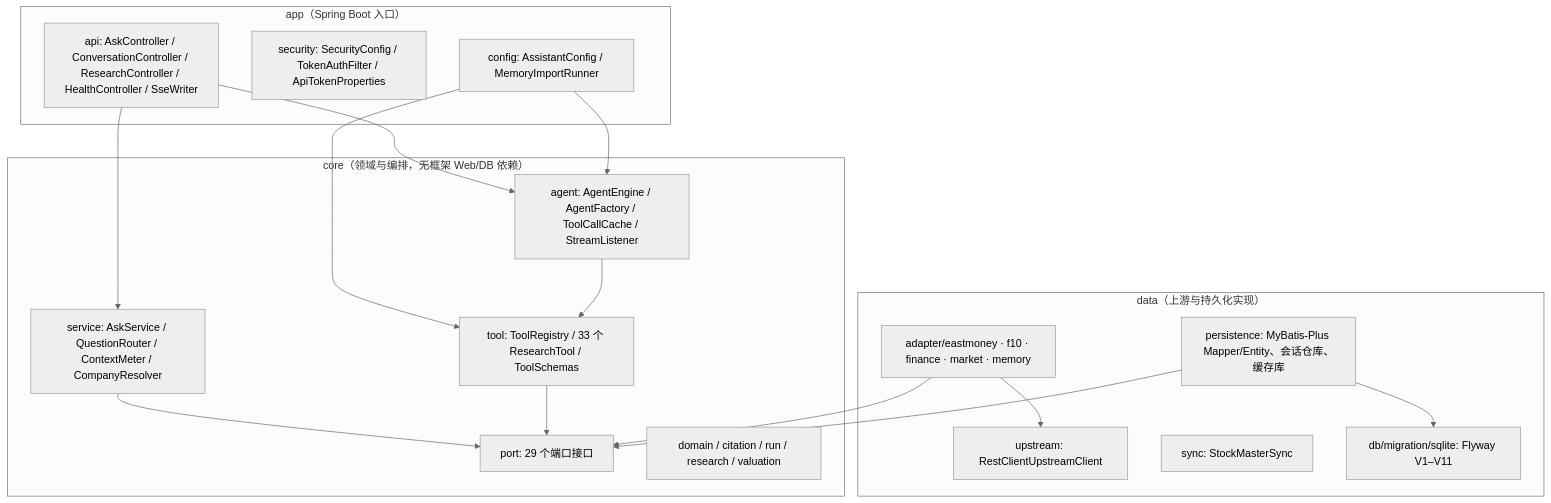
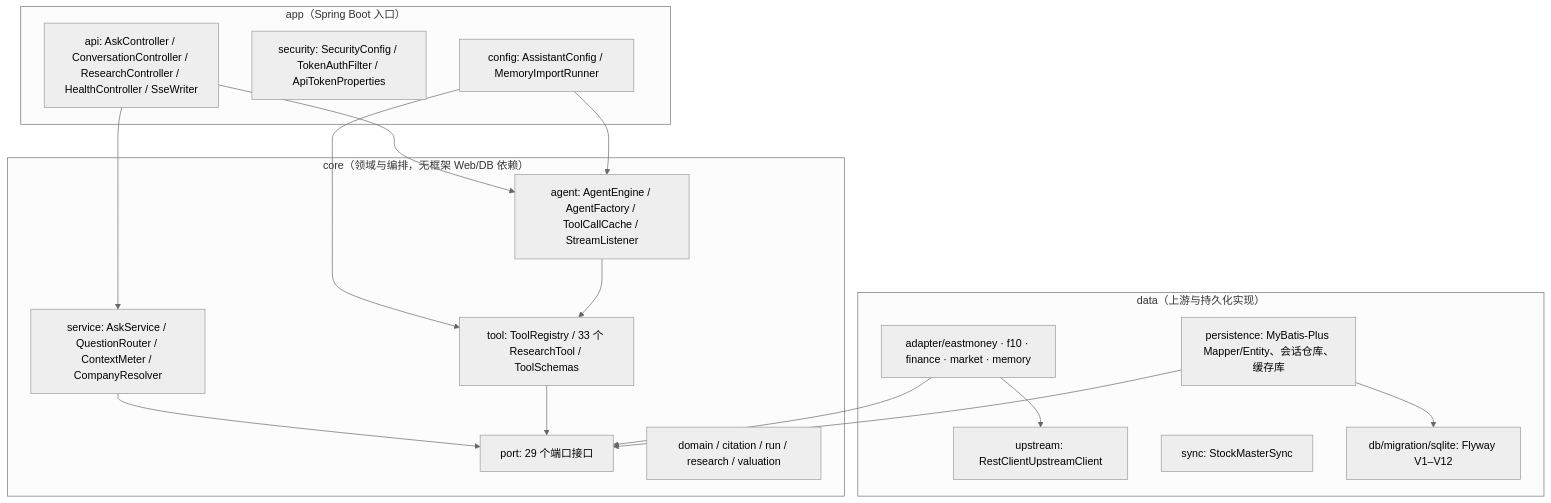
One commit to Silhouetteeeeeee/investment-research changed the first of 4 diagrams in docs/handover/ARCHITECTURE.md. Above: the diagram before and after it, drawn with Mermaid (neutral theme). The commit also changed other lines of this file and 22 other files, not shown here.

````diff
--- a/docs/handover/ARCHITECTURE.md
+++ b/docs/handover/ARCHITECTURE.md
@@ -7,33 +7,33 @@
 ```mermaid
 graph TD
     subgraph app["app（Spring Boot 入口）"]
         A1["api: AskController / ConversationController / ResearchController / HealthController / SseWriter"]
         A2["security: SecurityConfig / TokenAuthFilter / ApiTokenProperties"]
         A3["config: AssistantConfig / MemoryImportRunner"]
     end
     subgraph core["core（领域与编排，无框架 Web/DB 依赖）"]
         C1["service: AskService / QuestionRouter / ContextMeter / CompanyResolver"]
         C2["agent: AgentEngine / AgentFactory / ToolCallCache / StreamListener"]
         C3["tool: ToolRegistry / 33 个 ResearchTool / ToolSchemas"]
         C4["port: 29 个端口接口"]
         C5["domain / citation / run / research / valuation"]
     end
     subgraph data["data（上游与持久化实现）"]
         D1["adapter/eastmoney · f10 · finance · market · memory"]
         D2["persistence: MyBatis-Plus Mapper/Entity、会话仓库、缓存库"]
         D3["upstream: RestClientUpstreamClient"]
         D4["sync: StockMasterSync"]
-        D5["db/migration/sqlite: Flyway V1–V11"]
+        D5["db/migration/sqlite: Flyway V1–V12"]
     end
     A1 --> C1
     A1 --> C2
     A3 --> C3
     A3 --> C2
     D1 --> C4
     D2 --> C4
     D1 --> D3
     D2 --> D5
     C1 --> C4
     C2 --> C3
     C3 --> C4
 ```
````
